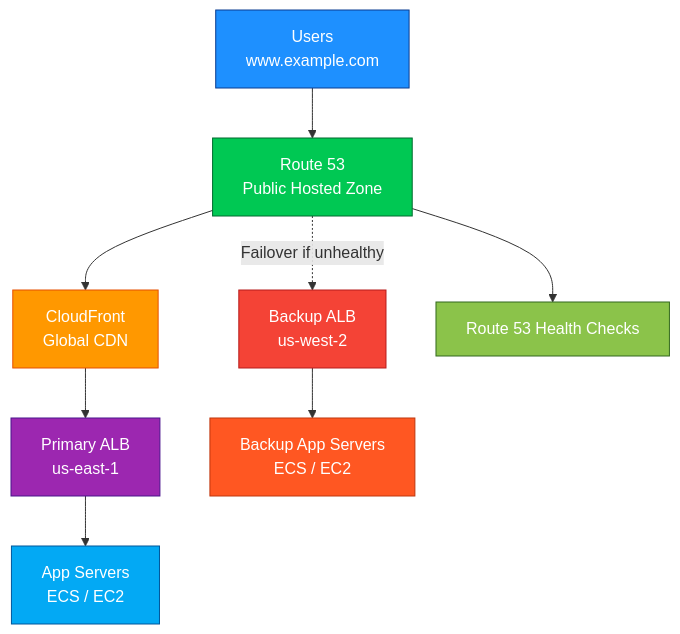
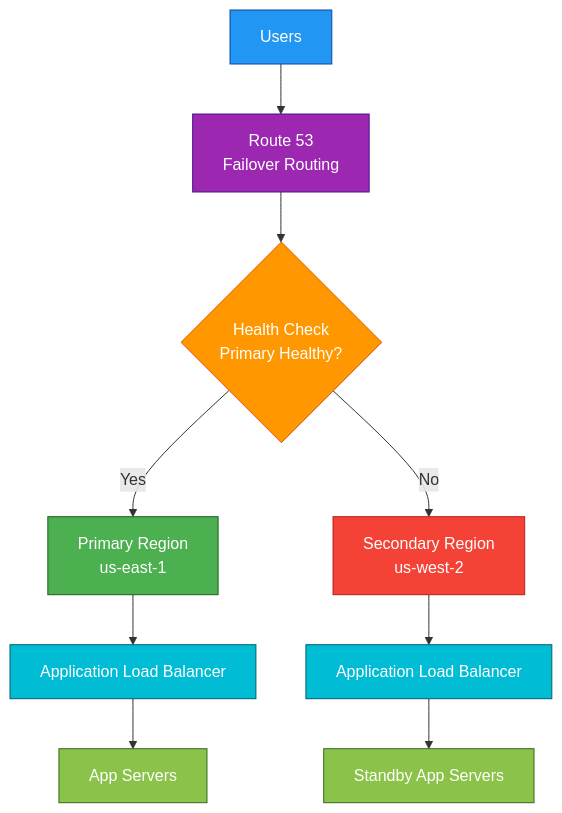
One commit to hsabit01/aws-study-guide changed the second of 2 diagrams in notes/Route 53.md. Above: the diagram before and after it, drawn with Mermaid. The commit also changed other lines of this file and 1 other file, not shown here.

````diff
--- a/notes/Route 53.md
+++ b/notes/Route 53.md
@@ -947,22 +703,25 @@
 ```mermaid
 flowchart TD
-    User["Users<br/>www.example.com"] --> R53["Route 53<br/>Public Hosted Zone"]
+    A[Users] --> B[Route 53<br/>Failover Routing]
 
-    R53 --> CF["CloudFront<br/>Global CDN"]
-    CF --> ALB1["Primary ALB<br/>us-east-1"]
-    ALB1 --> App1["App Servers<br/>ECS / EC2"]
+    B --> C{Health Check<br/>Primary Healthy?}
 
-    R53 -. Failover if unhealthy .-> ALB2["Backup ALB<br/>us-west-2"]
-    ALB2 --> App2["Backup App Servers<br/>ECS / EC2"]
+    C -->|Yes| D[Primary Region<br/>us-east-1]
+    C -->|No| E[Secondary Region<br/>us-west-2]
 
-    R53 --> HC["Route 53 Health Checks"]
+    D --> F[Application Load Balancer]
+    F --> G[App Servers]
 
-    style User fill:#1E90FF,stroke:#0B3D91,color:#FFFFFF
-    style R53 fill:#00C853,stroke:#006B2E,color:#FFFFFF
-    style CF fill:#FF9800,stroke:#E65100,color:#FFFFFF
-    style ALB1 fill:#9C27B0,stroke:#4A148C,color:#FFFFFF
-    style App1 fill:#03A9F4,stroke:#01579B,color:#FFFFFF
-    style ALB2 fill:#F44336,stroke:#B71C1C,color:#FFFFFF
-    style App2 fill:#FF5722,stroke:#BF360C,color:#FFFFFF
-    style HC fill:#8BC34A,stroke:#33691E,color:#FFFFFF
+    E --> H[Application Load Balancer]
+    H --> I[Standby App Servers]
+
+    style A fill:#2196F3,stroke:#0D47A1,color:#fff
+    style B fill:#9C27B0,stroke:#4A148C,color:#fff
+    style C fill:#FF9800,stroke:#E65100,color:#fff
+    style D fill:#4CAF50,stroke:#1B5E20,color:#fff
+    style E fill:#F44336,stroke:#B71C1C,color:#fff
+    style F fill:#00BCD4,stroke:#006064,color:#fff
+    style G fill:#8BC34A,stroke:#33691E,color:#fff
+    style H fill:#00BCD4,stroke:#006064,color:#fff
+    style I fill:#8BC34A,stroke:#33691E,color:#fff
 ```
````
